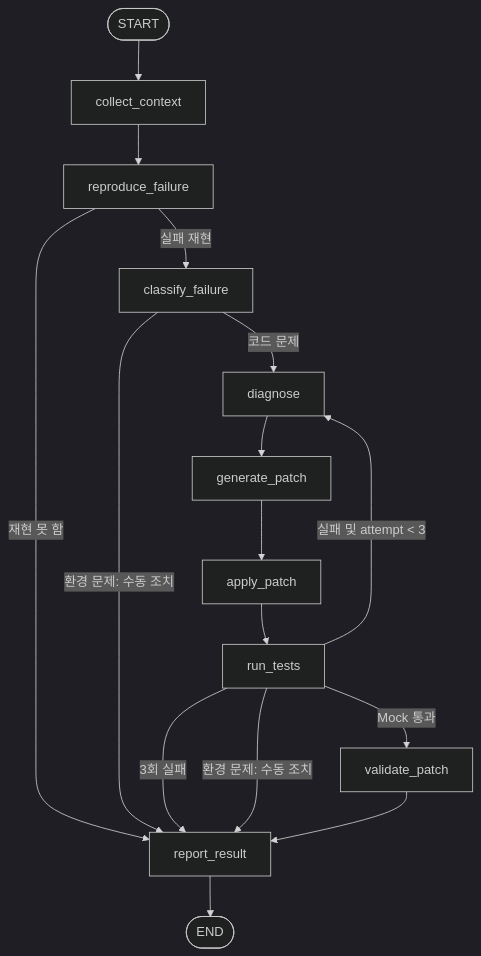
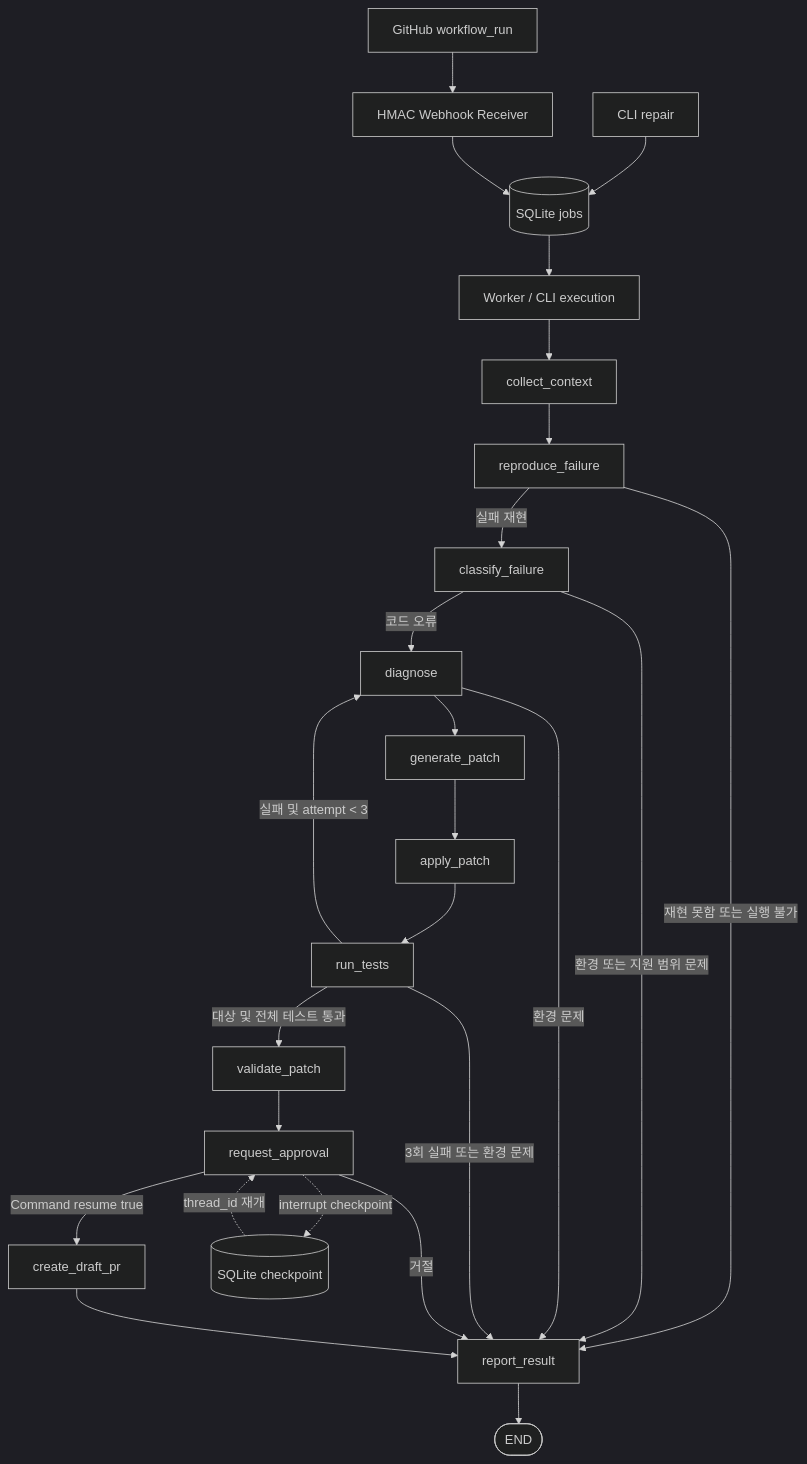
One commit to ii2001/PatchPilot changed the diagram in docs/architecture.md. Above: the diagram before and after it, drawn with Mermaid (dark theme). The commit also changed other lines of this file and 42 other files, not shown here.

First line of the commit message:
✨ feat(mvp): 승인 기반 GitHub CI 수리·Docker 검증·Draft PR MVP 완성

````diff
--- a/docs/architecture.md
+++ b/docs/architecture.md
@@ -7,18 +7,27 @@
 ```mermaid
 flowchart TD
-    START([START]) --> collect_context
+    CLI[CLI repair] --> JOBS[(SQLite jobs)]
+    GH[GitHub workflow_run] --> WEB[HMAC Webhook Receiver]
+    WEB --> JOBS
+    JOBS --> WORKER[Worker / CLI execution]
+    WORKER --> collect_context
     collect_context --> reproduce_failure
     reproduce_failure -->|실패 재현| classify_failure
-    reproduce_failure -->|재현 못 함| report_result
-    classify_failure -->|환경 문제: 수동 조치| report_result
-    classify_failure -->|코드 문제| diagnose
+    reproduce_failure -->|재현 못함 또는 실행 불가| report_result
+    classify_failure -->|코드 오류| diagnose
+    classify_failure -->|환경 또는 지원 범위 문제| report_result
     diagnose --> generate_patch
+    diagnose -->|환경 문제| report_result
     generate_patch --> apply_patch
     apply_patch --> run_tests
-    run_tests -->|Mock 통과| validate_patch
     run_tests -->|실패 및 attempt < 3| diagnose
-    run_tests -->|3회 실패| report_result
-    run_tests -->|환경 문제: 수동 조치| report_result
-    validate_patch --> report_result
+    run_tests -->|3회 실패 또는 환경 문제| report_result
+    run_tests -->|대상 및 전체 테스트 통과| validate_patch
+    validate_patch --> request_approval
+    request_approval -->|Command resume true| create_draft_pr
+    request_approval -->|거절| report_result
+    create_draft_pr --> report_result
     report_result --> END([END])
+    request_approval -. interrupt checkpoint .-> CP[(SQLite checkpoint)]
+    CP -. thread_id 재개 .-> request_approval
 ```
````
